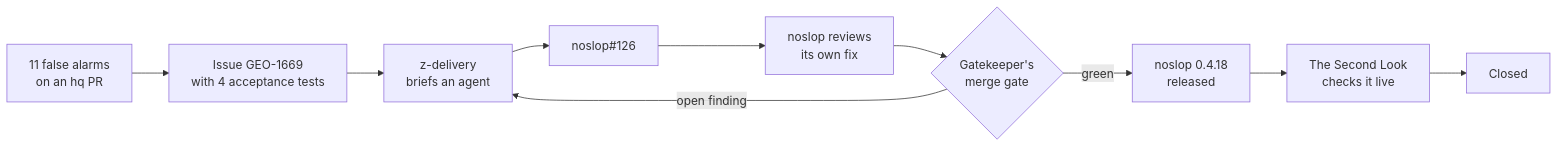
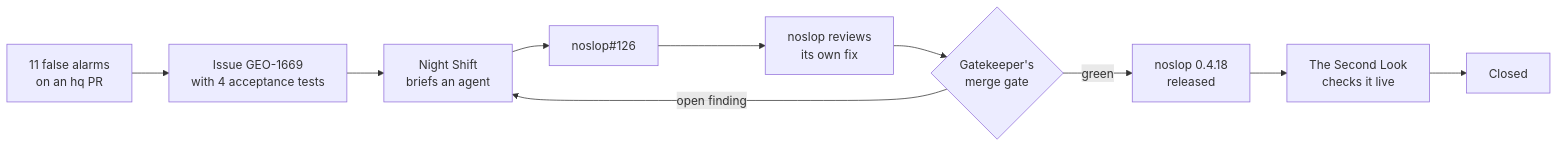
The diagram in README.md (zgeoff/hq), drawn with Mermaid before and after one commit. The commit also changed other lines of this file, not shown here.

Commit message:
docs(readme): name Night Shift and give every crew card the same weight

````diff
--- a/README.md
+++ b/README.md
@@ -99,12 +105,12 @@
 ```mermaid
 flowchart LR
   report[11 false alarms<br/>on an hq PR] --> issue[Issue GEO-1669<br/>with 4 acceptance tests]
-  issue --> agent[z-delivery<br/>briefs an agent]
+  issue --> agent[Night Shift<br/>briefs an agent]
   agent --> pr[noslop#126]
   pr --> review[noslop reviews<br/>its own fix]
   review --> gate{Gatekeeper's<br/>merge gate}
   gate -- open finding --> agent
   gate -- green --> release[noslop 0.4.18<br/>released]
   release --> qa[The Second Look<br/>checks it live]
   qa --> done[Closed]
 ```
````
